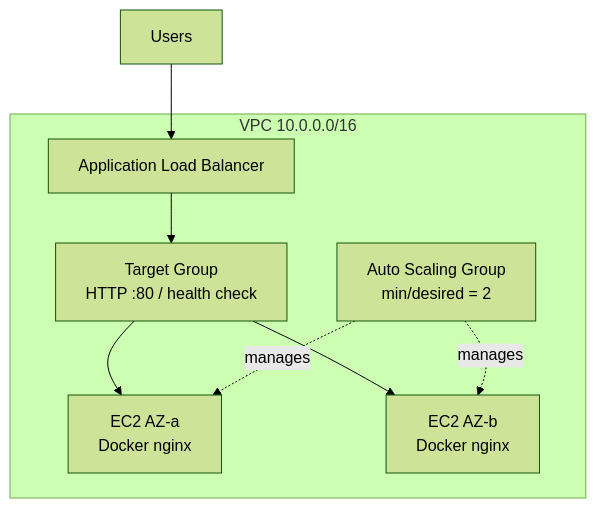
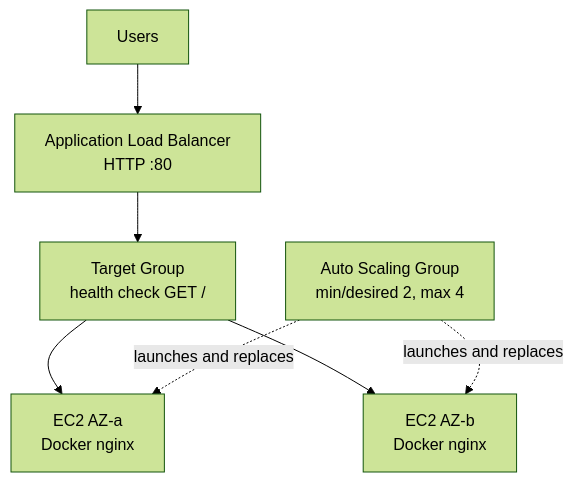
Before and after one commit to xmopher/auto-healing-web-tier: the diagram in README.md, drawn with Mermaid (forest theme). The commit also changed other lines of this file, not shown here.

````diff
--- a/README.md
+++ b/README.md
@@ -41,16 +38,9 @@
 ```mermaid
 flowchart TB
-  users[Users] --> alb[Application Load Balancer]
-  alb --> tg[Target Group<br/>HTTP :80 / health check]
+  users[Users] --> alb[Application Load Balancer<br/>HTTP :80]
+  alb --> tg[Target Group<br/>health check GET /]
   tg --> i1[EC2 AZ-a<br/>Docker nginx]
   tg --> i2[EC2 AZ-b<br/>Docker nginx]
-  asg[Auto Scaling Group<br/>min/desired = 2] -.manages.-> i1
-  asg -.manages.-> i2
-  subgraph vpc [VPC 10.0.0.0/16]
-    alb
-    tg
-    i1
-    i2
-    asg
-  end
+  asg[Auto Scaling Group<br/>min/desired 2, max 4] -.launches and replaces.-> i1
+  asg -.launches and replaces.-> i2
 ```
````
